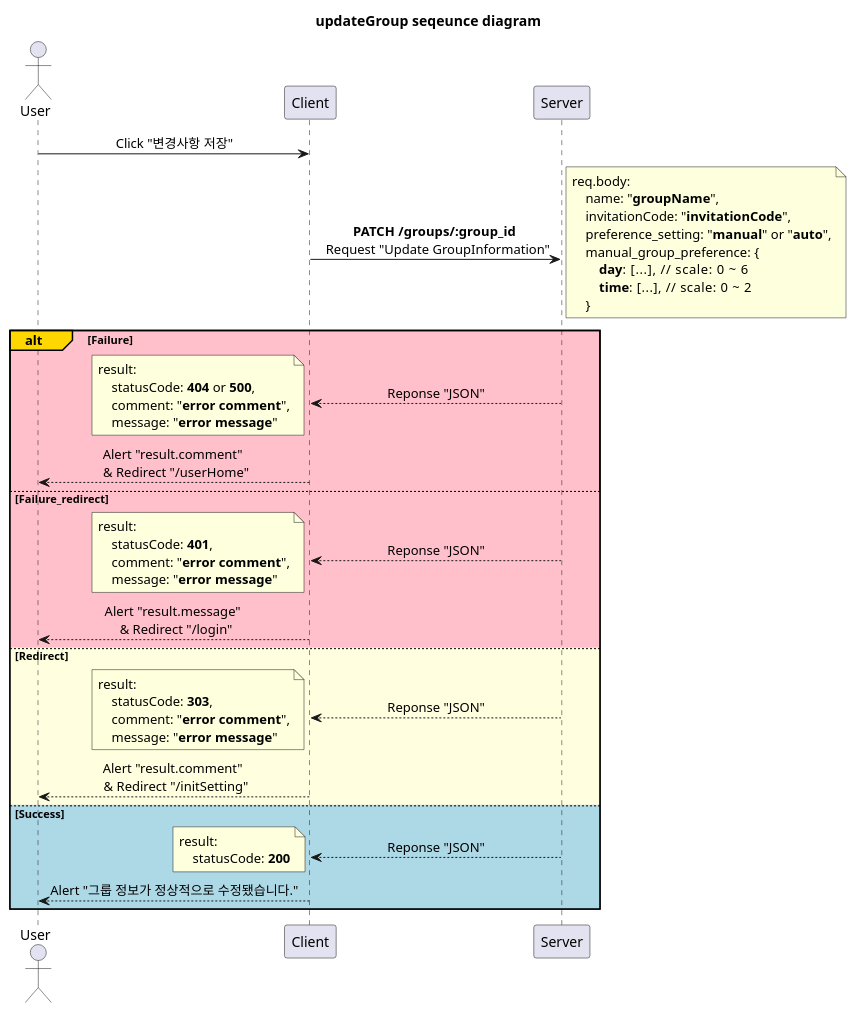
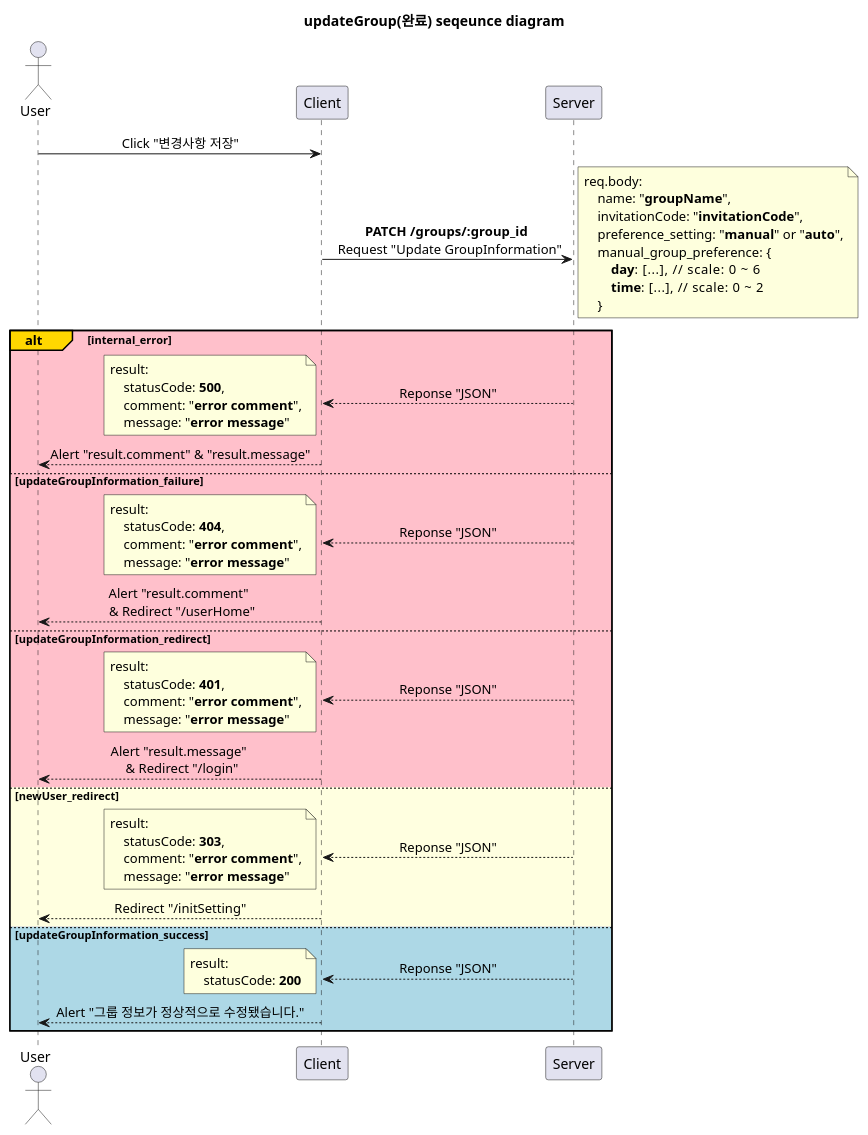
The diagram in diagram/editGroup_page/updateGroup.puml (devSeungBin/SSCS), drawn with PlantUML before and after one commit. The commit also changed 15 other files, not shown here.

```diff
--- a/diagram/editGroup_page/updateGroup.puml
+++ b/diagram/editGroup_page/updateGroup.puml
@@ -1,65 +1,75 @@
-@startuml updateGroup
+@startuml updateGroup(완료)
 'http://localhost:3000/editGroup/:id
 
-title updateGroup seqeunce diagram
+title updateGroup(완료) seqeunce diagram
 
 skinparam SequenceMessageAlignment center
 
 participant Server order 30
 participant Client order 20
 actor User order 10
 
 User -> Client: Click "변경사항 저장"
 
 Client -> Server: **PATCH /groups/:group_id** \n Request "Update GroupInformation"
 note right
     req.body:
         name: "**groupName**",
         invitationCode: "**invitationCode**",
         preference_setting: "**manual**" or "**auto**",
         manual_group_preference: {
             **day**: [...],     // scale: 0 ~ 6
             **time**: [...],    // scale: 0 ~ 2
         }
 end note
 
-alt#Gold #Pink Failure
+alt#Gold #Pink internal_error
     Client <-- Server: Reponse "JSON"
     note left
         result:
-            statusCode: **404** or **500**,
+            statusCode: **500**,
+            comment: "**error comment**",
+            message: "**error message**"
+    end note
+    User <-- Client: Alert "result.comment" & "result.message"
+
+else #Pink updateGroupInformation_failure
+    Client <-- Server: Reponse "JSON"
+    note left
+        result:
+            statusCode: **404**,
             comment: "**error comment**",
             message: "**error message**"
     end note
     User <-- Client: Alert "result.comment" \n & Redirect "/userHome"
 
-else #Pink Failure_redirect
+else #Pink updateGroupInformation_redirect
     Client <-- Server: Reponse "JSON"
     note left
         result:
             statusCode: **401**,
             comment: "**error comment**",
             message: "**error message**"
     end note
     User <-- Client: Alert "result.message" \n & Redirect "/login"
 
-else #LightYellow Redirect
+else #LightYellow newUser_redirect
     Client <-- Server: Reponse "JSON"
     note left
         result:
             statusCode: **303**,
             comment: "**error comment**",
             message: "**error message**"
     end note
-    User <-- Client: Alert "result.comment" \n & Redirect "/initSetting"
+    User <-- Client: Redirect "/initSetting"
 
-else #LightBlue Success
+else #LightBlue updateGroupInformation_success
     Client <-- Server: Reponse "JSON"
     note left
         result:
             statusCode: **200**
     end note
     User <-- Client: Alert "그룹 정보가 정상적으로 수정됐습니다."
 end
 
 @enduml
```
